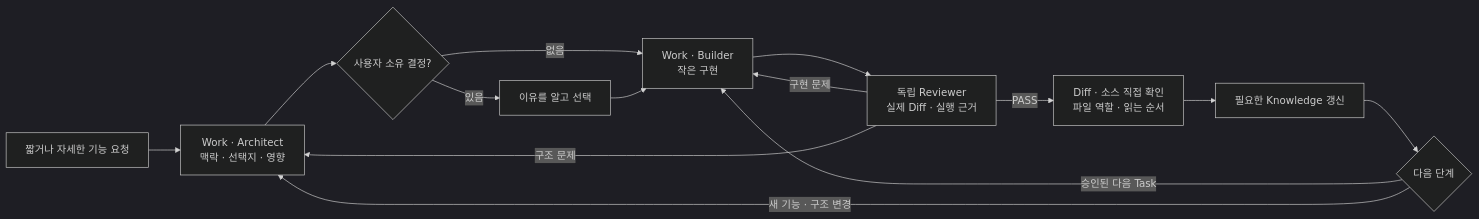
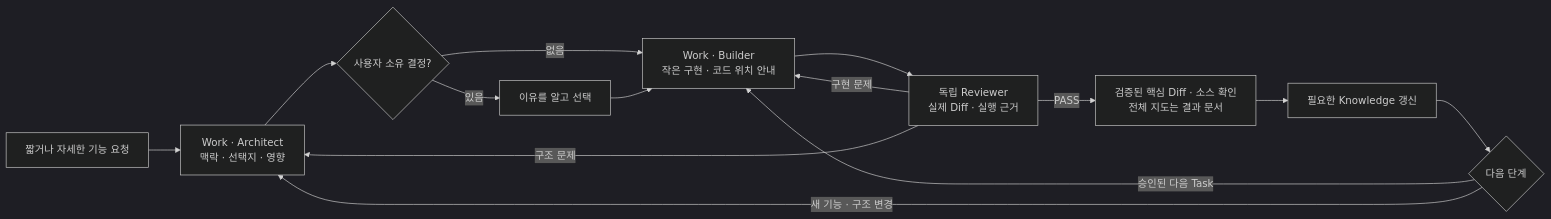
One commit to yeomin-yoon/AI-Dev-Workflow changed the first of 2 diagrams in README.md. Above: the diagram before and after it, drawn with Mermaid (dark theme). The commit also changed other lines of this file and 13 other files, not shown here.

````diff
--- a/README.md
+++ b/README.md
@@ -66,16 +66,16 @@
 ```mermaid
 flowchart LR
     Seed["짧거나 자세한 기능 요청"] --> Design["Work · Architect<br/>맥락 · 선택지 · 영향"]
     Design --> Gate{"사용자 소유 결정?"}
     Gate -->|있음| User["이유를 알고 선택"]
-    Gate -->|없음| Build["Work · Builder<br/>작은 구현"]
+    Gate -->|없음| Build["Work · Builder<br/>작은 구현 · 코드 위치 안내"]
     User --> Build
     Build --> Review["독립 Reviewer<br/>실제 Diff · 실행 근거"]
     Review -->|구현 문제| Build
     Review -->|구조 문제| Design
-    Review -->|PASS| Inspect["Diff · 소스 직접 확인<br/>파일 역할 · 읽는 순서"]
+    Review -->|PASS| Inspect["검증된 핵심 Diff · 소스 확인<br/>전체 지도는 결과 문서"]
     Inspect --> Sync["필요한 Knowledge 갱신"]
     Sync --> Next{"다음 단계"}
     Next -->|승인된 다음 Task| Build
     Next -->|새 기능 · 구조 변경| Design
 ```
````
